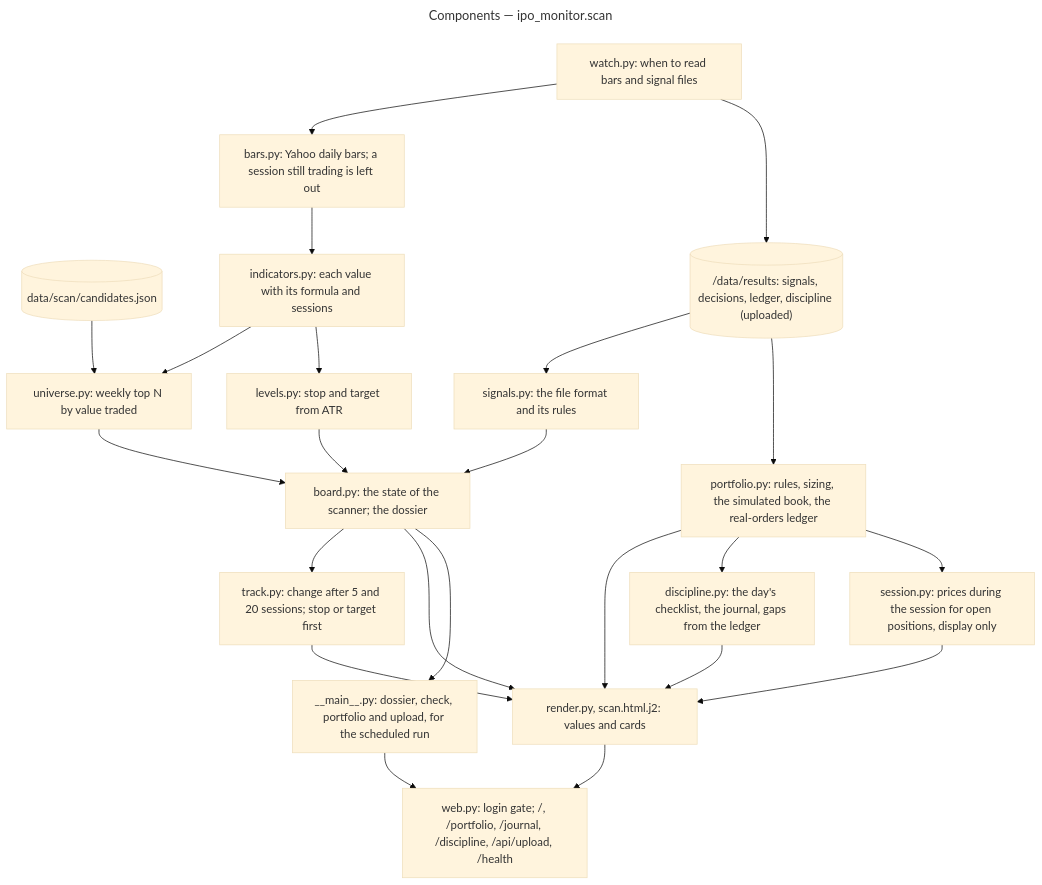
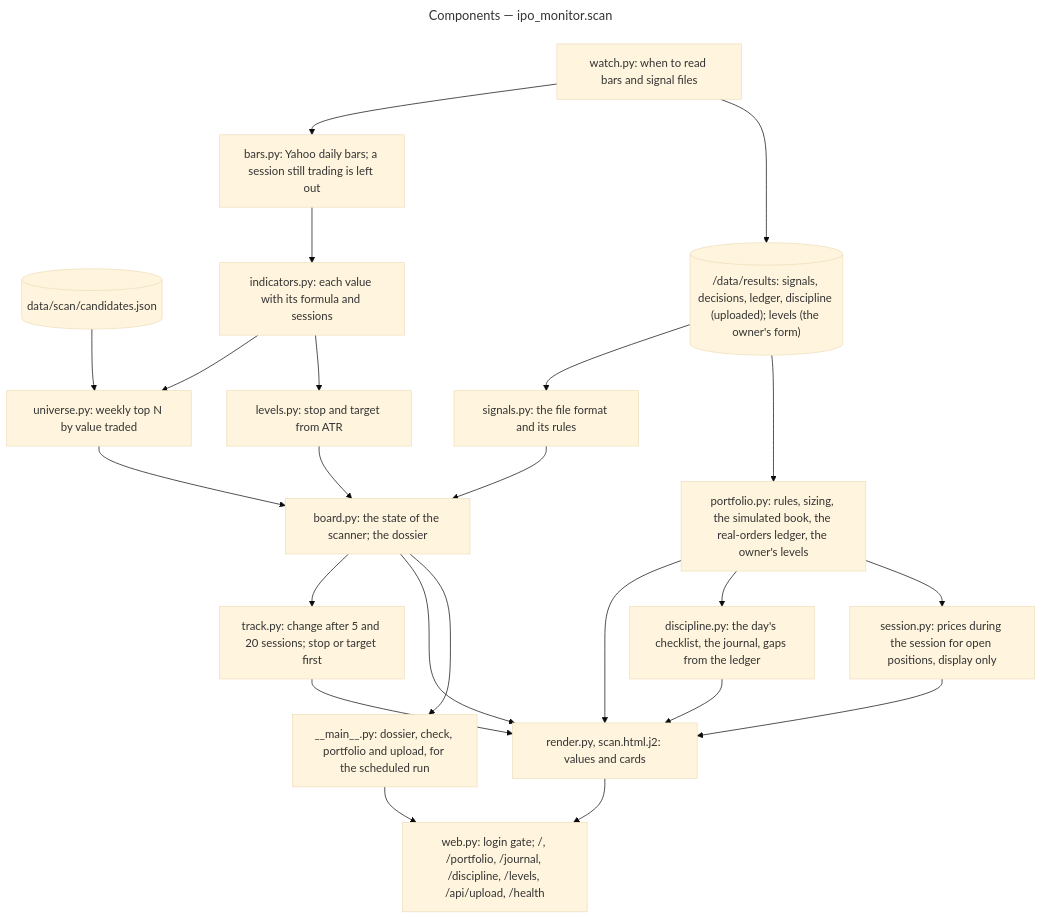
One commit to sonixz/monitor-anthropic-ipo changed the second of 5 diagrams in ARCHITECTURE.md. Above: the diagram before and after it, drawn with Mermaid (base theme). The commit also changed other lines of this file and 10 other files, not shown here.

First line of the commit message:
docs(loops): Loop 016 report and devlog; STATUS, PRODUCT, ARCHITECTURE, INFRASTRUCTURE

````diff
--- a/ARCHITECTURE.md
+++ b/ARCHITECTURE.md
@@ -47,34 +47,34 @@
 ```mermaid
 ---
 title: Components — ipo_monitor.scan
 ---
 flowchart TB
   cands[("data/scan/candidates.json")]
   bars["bars.py: Yahoo daily bars; a session still trading is left out"]
   ind["indicators.py: each value with its formula and sessions"]
   uni["universe.py: weekly top N by value traded"]
-  files[("/data/results: signals, decisions, ledger, discipline (uploaded)")]
+  files[("/data/results: signals, decisions, ledger, discipline (uploaded); levels (the owner's form)")]
   watch["watch.py: when to read bars and signal files"]
   sig["signals.py: the file format and its rules"]
   lv["levels.py: stop and target from ATR"]
   track["track.py: change after 5 and 20 sessions; stop or target first"]
   board["board.py: the state of the scanner; the dossier"]
   render["render.py, scan.html.j2: values and cards"]
-  pf["portfolio.py: rules, sizing, the simulated book, the real-orders ledger"]
+  pf["portfolio.py: rules, sizing, the simulated book, the real-orders ledger, the owner's levels"]
   sess["session.py: prices during the session for open positions, display only"]
   disc["discipline.py: the day's checklist, the journal, gaps from the ledger"]
-  web["web.py: login gate; /, /portfolio, /journal, /discipline, /api/upload, /health"]
+  web["web.py: login gate; /, /portfolio, /journal, /discipline, /levels, /api/upload, /health"]
   cli["__main__.py: dossier, check, portfolio and upload, for the scheduled run"]
   watch --> bars --> ind
   cands --> uni
   ind --> uni --> board
   watch --> files --> sig --> board
   ind --> lv --> board
   board --> track --> render
   board --> render --> web
   board --> cli
   files --> pf --> render
   pf --> disc --> render
   pf --> sess --> render
   cli --> web
 ```
````
